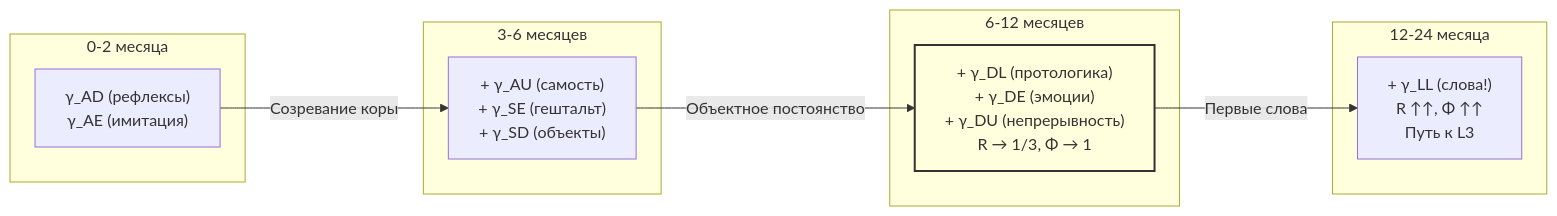
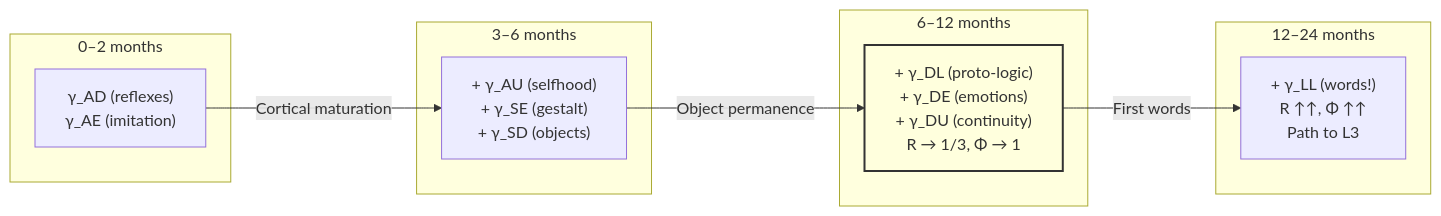
Before and after one commit to gst-st/uhm: the diagram in website/docs/consciousness/subjects/pre-linguistic.md, drawn with Mermaid. The commit also changed other lines of this file and 79 other files, not shown here.

````diff
--- a/website/docs/consciousness/subjects/pre-linguistic.md
+++ b/website/docs/consciousness/subjects/pre-linguistic.md
@@ -216,19 +216,19 @@
 ```mermaid
 graph LR
-    subgraph "0-2 месяца"
-        A1["γ_AD (рефлексы)<br/>γ_AE (имитация)"]
+    subgraph "0–2 months"
+        A1["γ_AD (reflexes)<br/>γ_AE (imitation)"]
     end
-    subgraph "3-6 месяцев"
-        A2["+ γ_AU (самость)<br/>+ γ_SE (гештальт)<br/>+ γ_SD (объекты)"]
+    subgraph "3–6 months"
+        A2["+ γ_AU (selfhood)<br/>+ γ_SE (gestalt)<br/>+ γ_SD (objects)"]
     end
-    subgraph "6-12 месяцев"
-        A3["+ γ_DL (протологика)<br/>+ γ_DE (эмоции)<br/>+ γ_DU (непрерывность)<br/>R → 1/3, Φ → 1"]
+    subgraph "6–12 months"
+        A3["+ γ_DL (proto-logic)<br/>+ γ_DE (emotions)<br/>+ γ_DU (continuity)<br/>R → 1/3, Φ → 1"]
     end
-    subgraph "12-24 месяца"
-        A4["+ γ_LL (слова!)<br/>R ↑↑, Φ ↑↑<br/>Путь к L3"]
+    subgraph "12–24 months"
+        A4["+ γ_LL (words!)<br/>R ↑↑, Φ ↑↑<br/>Path to L3"]
     end
-    A1 -->|"Созревание коры"| A2
-    A2 -->|"Объектное постоянство"| A3
-    A3 -->|"Первые слова"| A4
+    A1 -->|"Cortical maturation"| A2
+    A2 -->|"Object permanence"| A3
+    A3 -->|"First words"| A4
     style A3 fill:#ffd,stroke:#333,stroke-width:2px
 ```
````
